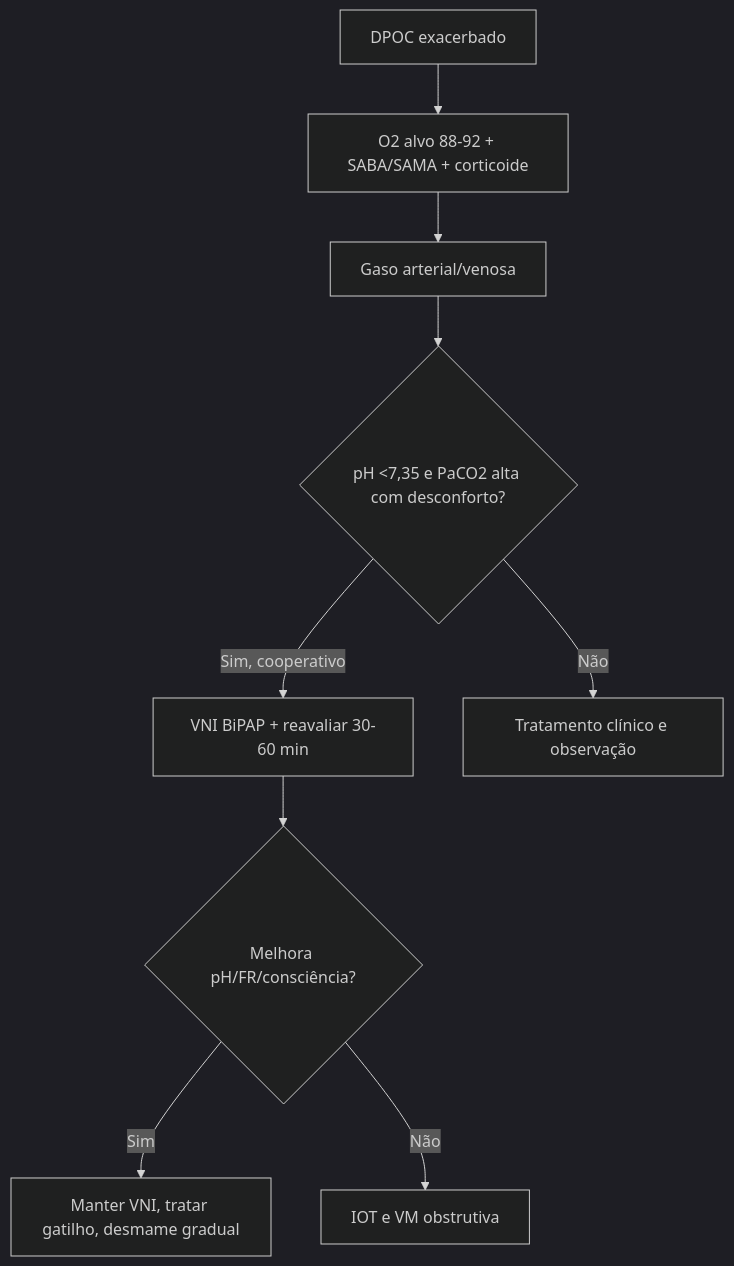
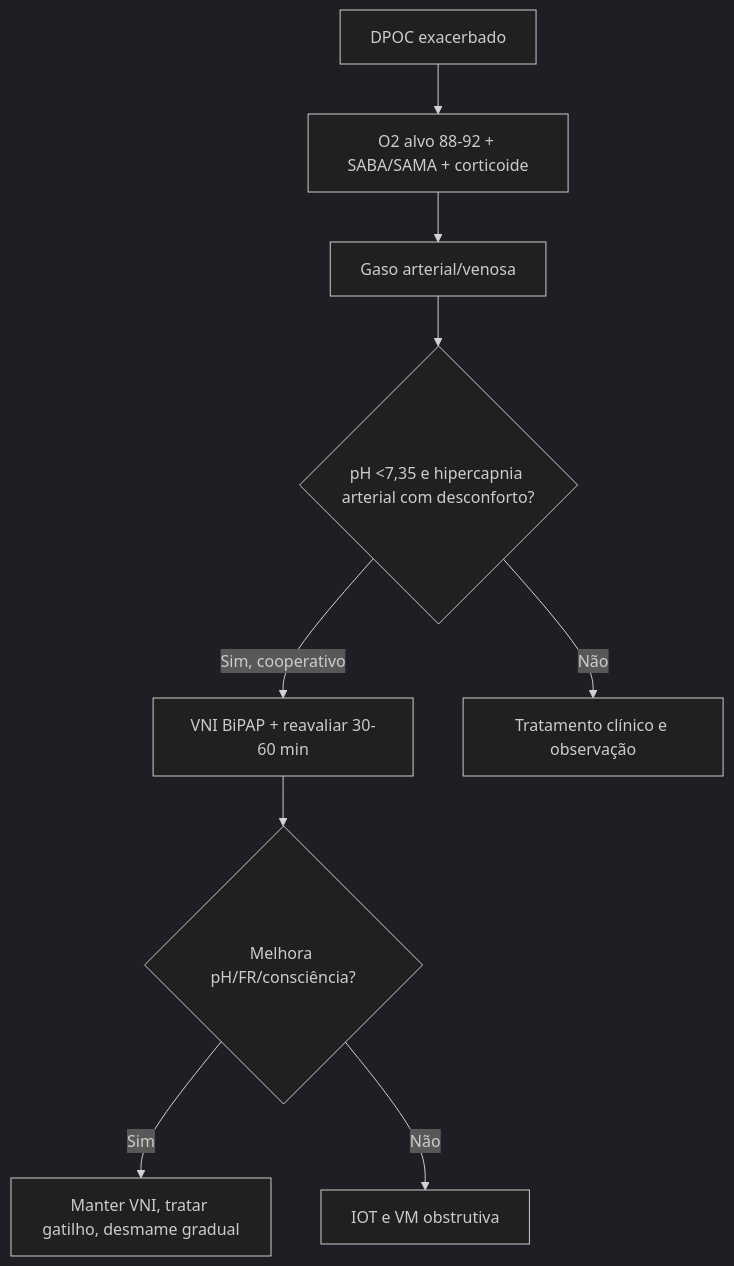
One commit to ThiagoPersona/emergencia26 changed the second of 4 diagrams in Intensivao/temas/012_emergencias-respiratorias.md. Above: the diagram before and after it, drawn with Mermaid (dark theme). The commit also changed other lines of this file and 11 other files, not shown here.

````diff
--- a/Intensivao/temas/012_emergencias-respiratorias.md
+++ b/Intensivao/temas/012_emergencias-respiratorias.md
@@ -278,11 +287,11 @@
 ```mermaid
 flowchart TD
     A[DPOC exacerbado] --> B[O2 alvo 88-92 + SABA/SAMA + corticoide]
     B --> C[Gaso arterial/venosa]
-    C --> D{pH <7,35 e PaCO2 alta com desconforto?}
+    C --> D{pH <7,35 e hipercapnia arterial com desconforto?}
     D -->|Sim, cooperativo| E[VNI BiPAP + reavaliar 30-60 min]
     E --> F{Melhora pH/FR/consciência?}
     F -->|Sim| G[Manter VNI, tratar gatilho, desmame gradual]
     F -->|Não| H[IOT e VM obstrutiva]
     D -->|Não| I[Tratamento clínico e observação]
 ```
````
